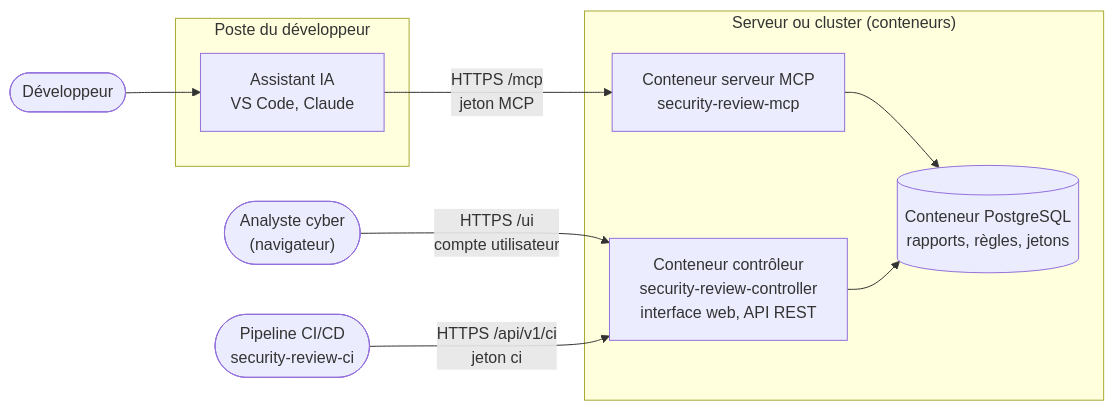
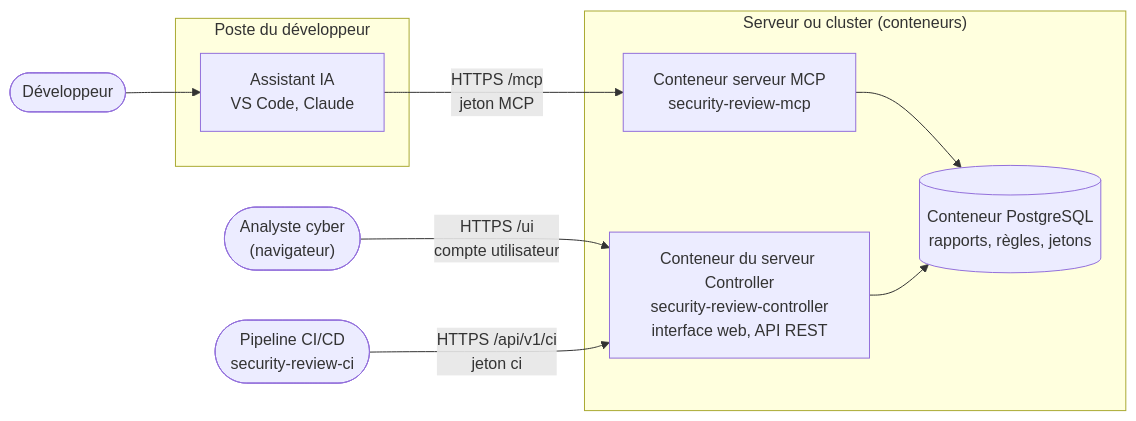
Before and after one commit to cyr-ius/security-review: the diagram in docs/getting-started/deploy.fr.md, drawn with Mermaid. The commit also changed other lines of this file and 111 other files, not shown here.

````diff
--- a/docs/getting-started/deploy.fr.md
+++ b/docs/getting-started/deploy.fr.md
@@ -7,19 +7,19 @@
 ```mermaid
 flowchart LR
     dev(["Développeur"]) --> agent
     subgraph ws["Poste du développeur"]
         agent["Assistant IA<br/>VS Code, Claude"]
     end
     analyst(["Analyste cyber<br/>(navigateur)"])
     ci(["Pipeline CI/CD<br/>security-review-ci"])
     subgraph srv["Serveur ou cluster (conteneurs)"]
         mcp["Conteneur serveur MCP<br/>security-review-mcp"]
-        ctl["Conteneur contrôleur<br/>security-review-controller<br/>interface web, API REST"]
+        ctl["Conteneur du serveur Controller<br/>security-review-controller<br/>interface web, API REST"]
         pg[("Conteneur PostgreSQL<br/>rapports, règles, jetons")]
     end
     agent -- "HTTPS /mcp<br/>jeton MCP" --> mcp
     analyst -- "HTTPS /ui<br/>compte utilisateur" --> ctl
     ci -- "HTTPS /api/v1/ci<br/>jeton ci" --> ctl
     mcp --> pg
     ctl --> pg
 ```
````
